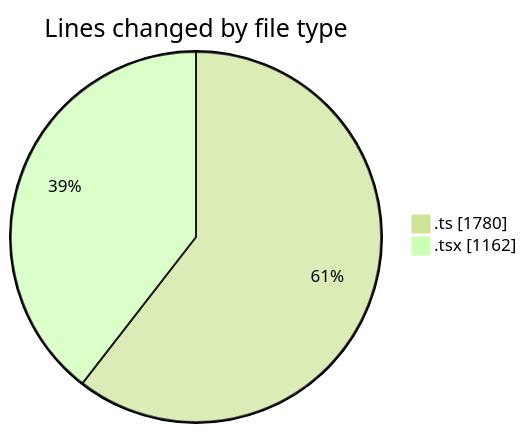
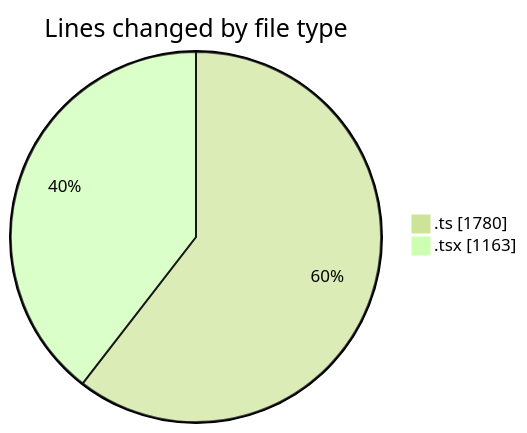
The first of 2 diagrams in 2025-06-22/archive/README.md (JenPaints/code-tracking), drawn with Mermaid (forest theme) before and after one commit. The commit also changed other lines of this file and 1 other file, not shown here.

````diff
--- a/2025-06-22/archive/README.md
+++ b/2025-06-22/archive/README.md
@@ -26,6 +26,6 @@
 ```mermaid
 pie showData
 title Lines changed by file type
 ".ts" : 1780
-".tsx" : 1162
+".tsx" : 1163
 ```
````
